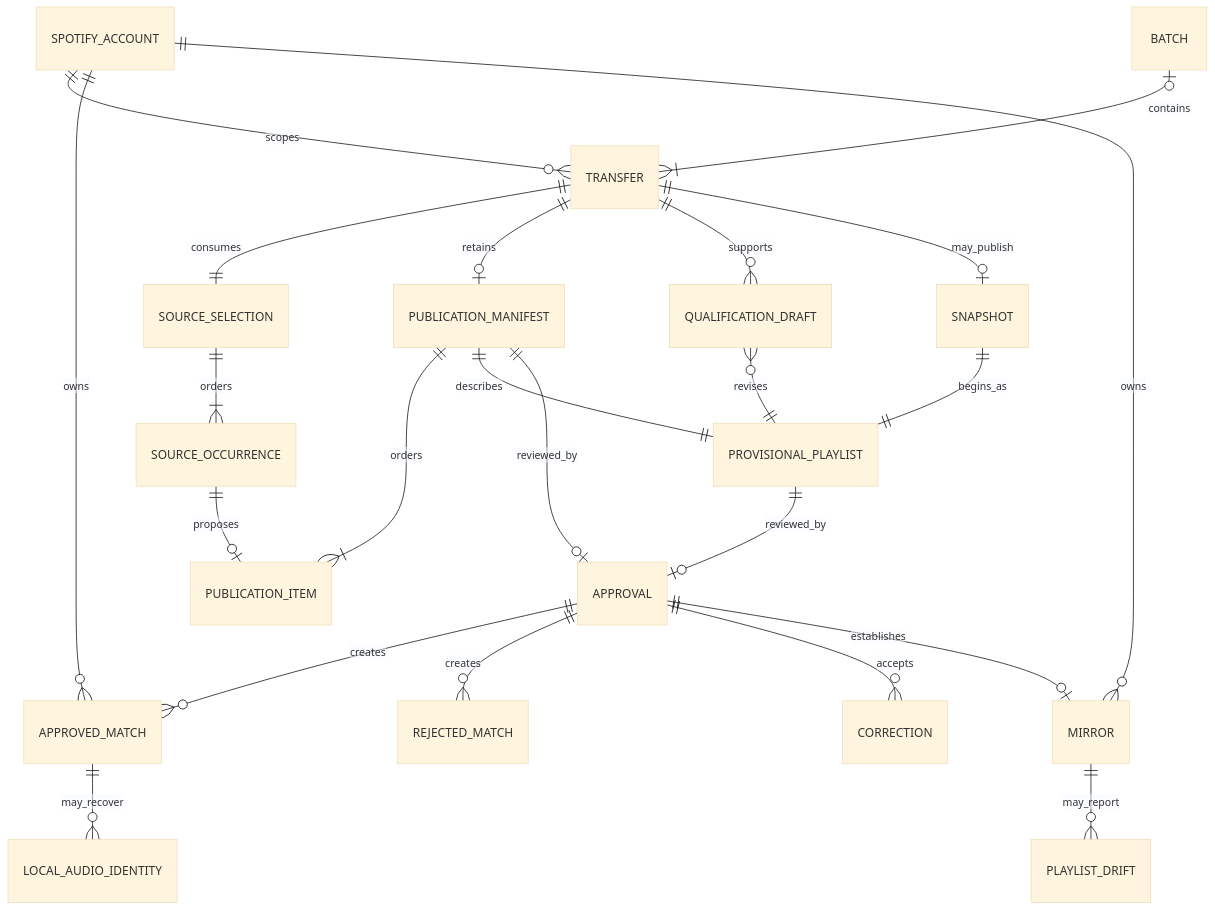
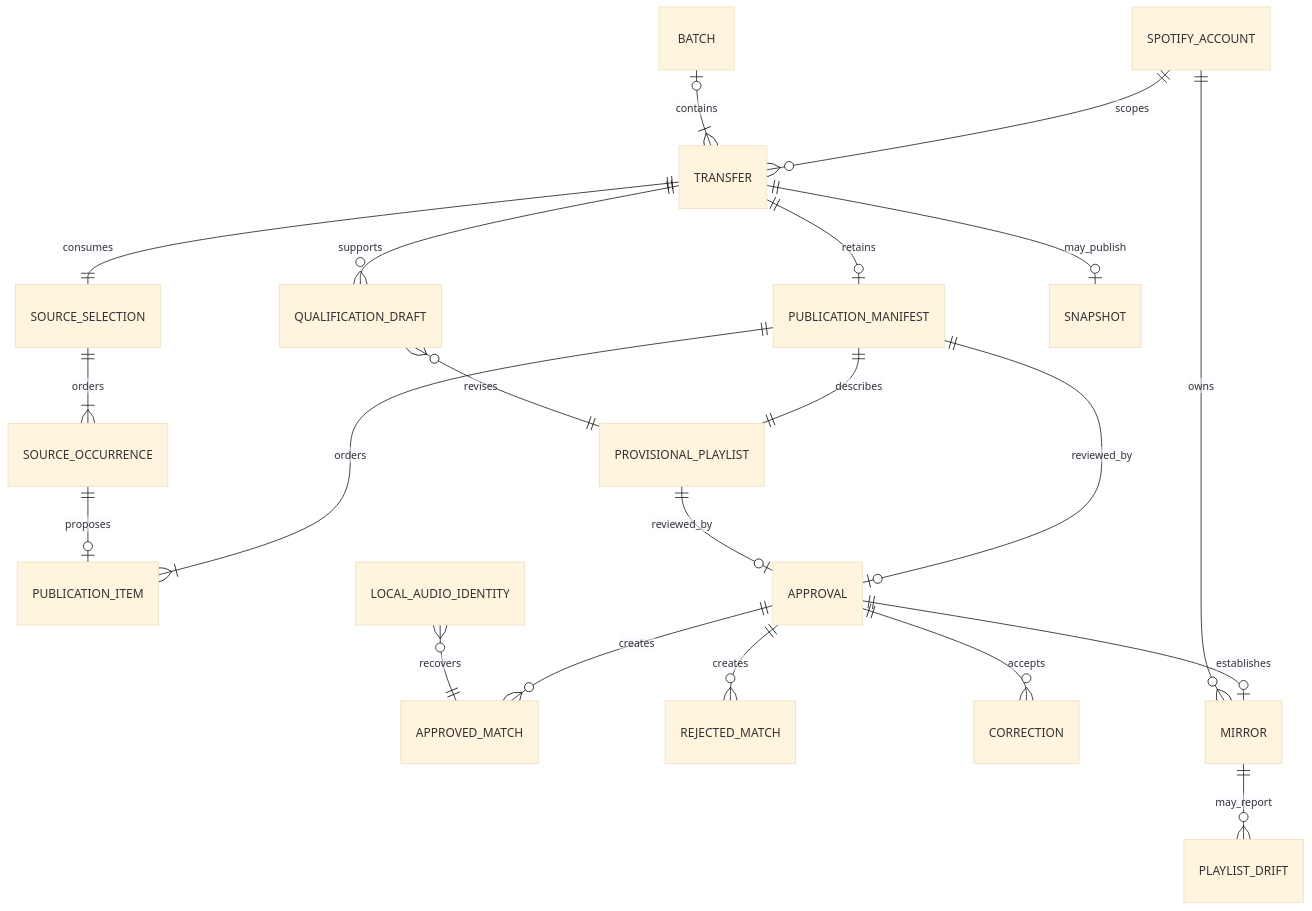
Before and after one commit to spontain112/djsupport: the first of 2 diagrams in docs/domain-model.md, drawn with Mermaid (base theme). The commit also changed other lines of this file and 3 other files, not shown here.

````diff
--- a/docs/domain-model.md
+++ b/docs/domain-model.md
@@ -11,25 +11,23 @@
 ```mermaid
 erDiagram
     SPOTIFY_ACCOUNT ||--o{ TRANSFER : scopes
     BATCH o|--|{ TRANSFER : contains
     TRANSFER ||--|| SOURCE_SELECTION : consumes
     SOURCE_SELECTION ||--|{ SOURCE_OCCURRENCE : orders
     TRANSFER ||--o| PUBLICATION_MANIFEST : retains
     PUBLICATION_MANIFEST ||--|{ PUBLICATION_ITEM : orders
     PUBLICATION_MANIFEST ||--|| PROVISIONAL_PLAYLIST : describes
     SOURCE_OCCURRENCE ||--o| PUBLICATION_ITEM : proposes
     TRANSFER ||--o{ QUALIFICATION_DRAFT : supports
     QUALIFICATION_DRAFT }o--|| PROVISIONAL_PLAYLIST : revises
     PUBLICATION_MANIFEST ||--o| APPROVAL : reviewed_by
     PROVISIONAL_PLAYLIST ||--o| APPROVAL : reviewed_by
     APPROVAL ||--o{ APPROVED_MATCH : creates
     APPROVAL ||--o{ REJECTED_MATCH : creates
     APPROVAL ||--o{ CORRECTION : accepts
     APPROVAL ||--o| MIRROR : establishes
     TRANSFER ||--o| SNAPSHOT : may_publish
-    SNAPSHOT ||--|| PROVISIONAL_PLAYLIST : begins_as
-    APPROVED_MATCH ||--o{ LOCAL_AUDIO_IDENTITY : may_recover
-    SPOTIFY_ACCOUNT ||--o{ APPROVED_MATCH : owns
+    LOCAL_AUDIO_IDENTITY }o--|| APPROVED_MATCH : recovers
     SPOTIFY_ACCOUNT ||--o{ MIRROR : owns
     MIRROR ||--o{ PLAYLIST_DRIFT : may_report
 ```
````
